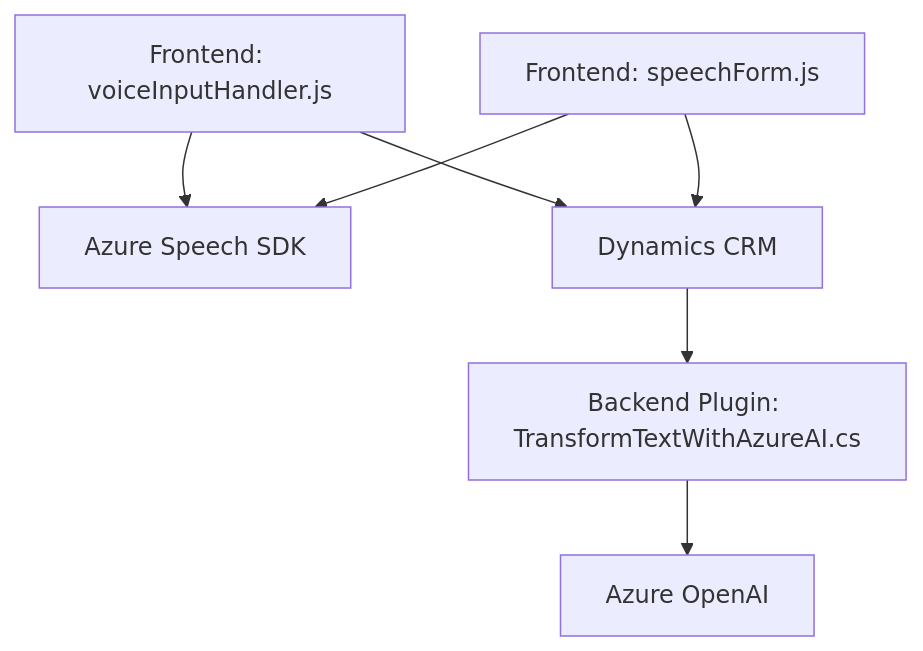
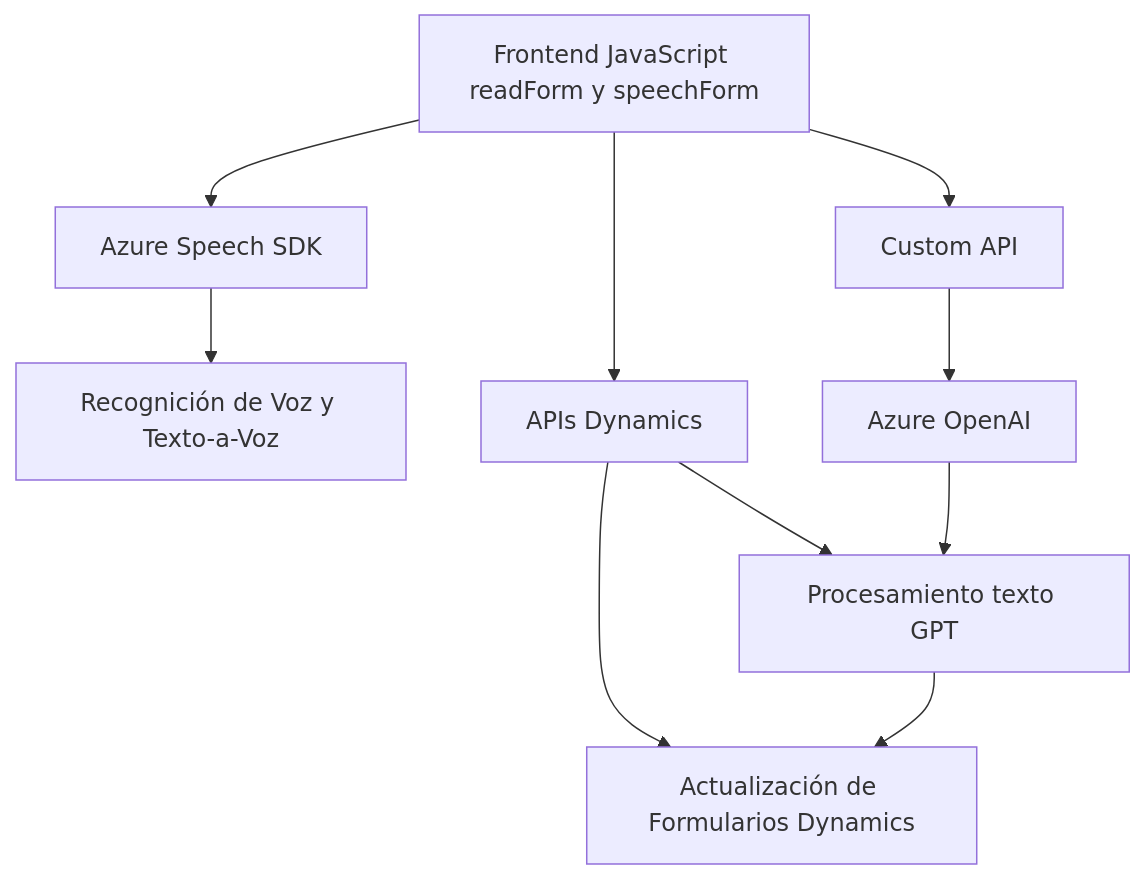
One commit to blopezdm/NETCORE_BILBAO2025 changed the diagram in README.md. Above: the diagram before and after it, drawn with Mermaid. The commit also changed other lines of this file, not shown here.

````diff
--- a/README.md
+++ b/README.md
@@ -45,16 +29,12 @@
 ```mermaid
 graph TD
-    A["Frontend: voiceInputHandler.js"]
-    B["Frontend: speechForm.js"]
-    C["Backend Plugin: TransformTextWithAzureAI.cs"]
-    D["Azure Speech SDK"]
-    E["Dynamics CRM"]
-    F["Azure OpenAI"]
-
-    A --> D
-    A --> E
-    B --> D
-    B --> E
-    E --> C
-    C --> F
+  A["Frontend JavaScript readForm y speechForm"] --> B["Azure Speech SDK"]
+  B --> C["Recognición de Voz y Texto-a-Voz"]
+  A --> D["APIs Dynamics"]
+  D --> E["Actualización de Formularios Dynamics"]
+  A --> F["Custom API"]
+  F --> G["Azure OpenAI"]
+  G --> H["Procesamiento texto GPT"]
+  D --> H
+  H --> E  
 ```
````
